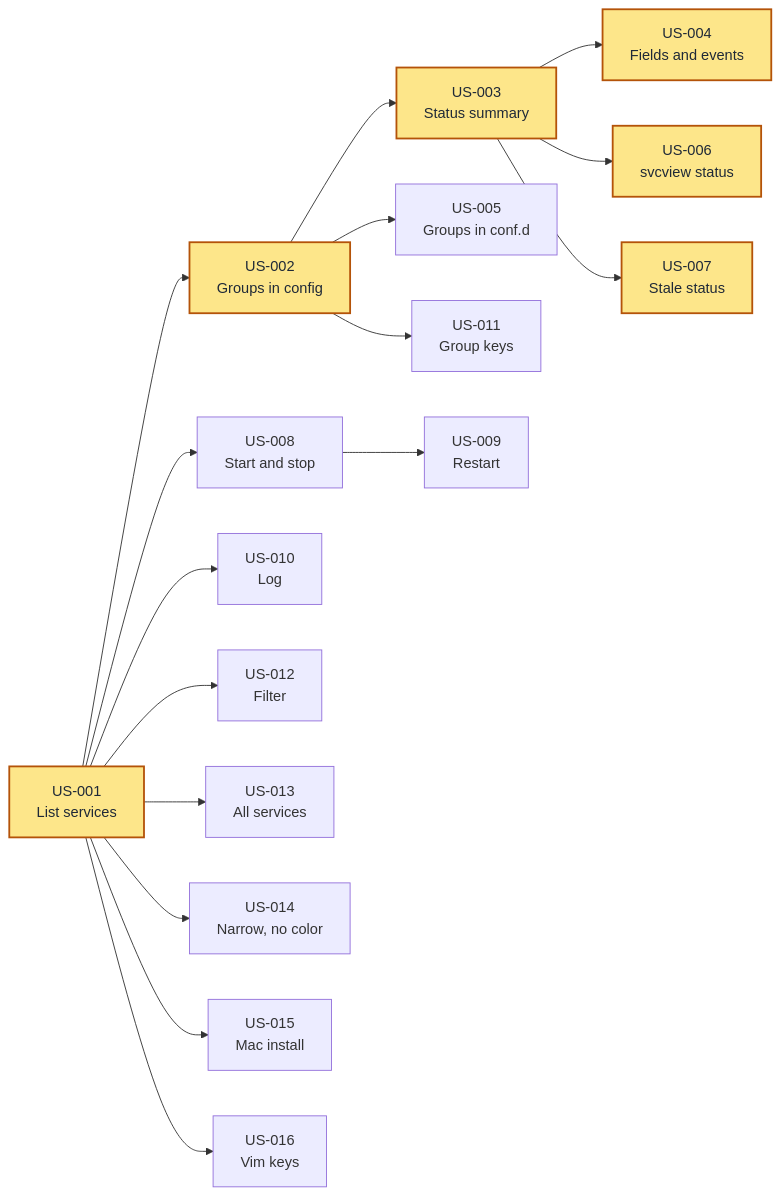
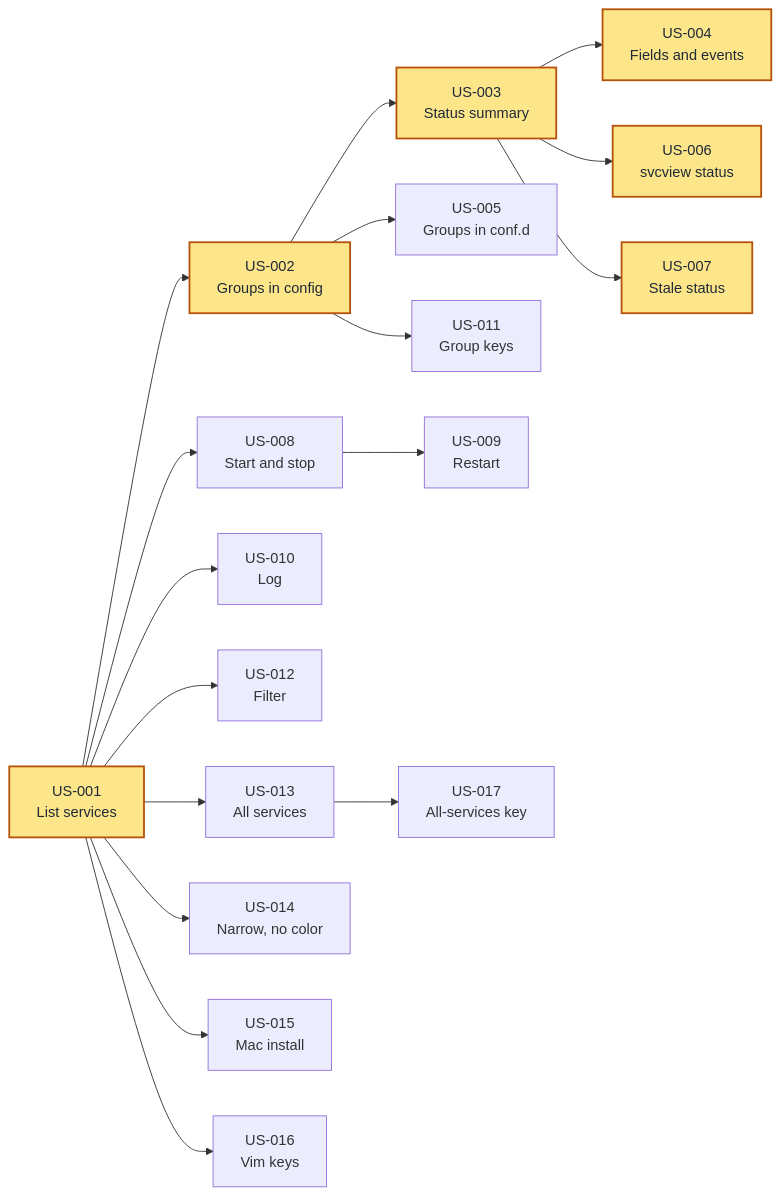
The diagram in user-stories/launchd-tui.md (hpcsc/svcview), drawn with Mermaid before and after one commit. The commit also changed other lines of this file and 1 other file, not shown here.

First line of the commit message:
Add a story for a key that shows all services

````diff
--- a/user-stories/launchd-tui.md
+++ b/user-stories/launchd-tui.md
@@ -26,38 +26,40 @@
 ```mermaid
 flowchart LR
     S1["US-001<br/>List services"]
     S2["US-002<br/>Groups in config"]
     S3["US-003<br/>Status summary"]
     S4["US-004<br/>Fields and events"]
     S5["US-005<br/>Groups in conf.d"]
     S6["US-006<br/>svcview status"]
     S7["US-007<br/>Stale status"]
     S8["US-008<br/>Start and stop"]
     S9["US-009<br/>Restart"]
     S10["US-010<br/>Log"]
     S11["US-011<br/>Group keys"]
     S12["US-012<br/>Filter"]
     S13["US-013<br/>All services"]
     S14["US-014<br/>Narrow, no color"]
     S15["US-015<br/>Mac install"]
     S16["US-016<br/>Vim keys"]
+    S17["US-017<br/>All-services key"]
 
     S1 --> S2
     S1 --> S8
     S1 --> S10
     S1 --> S12
     S1 --> S13
     S1 --> S14
     S1 --> S15
     S1 --> S16
     S2 --> S3
     S2 --> S5
     S2 --> S11
     S3 --> S4
     S3 --> S6
     S3 --> S7
     S8 --> S9
+    S13 --> S17
 
     classDef critical fill:#fde68a,stroke:#b45309,stroke-width:2px,color:#1f2937
     class S1,S2,S3,S4,S6,S7 critical
 ```
````
